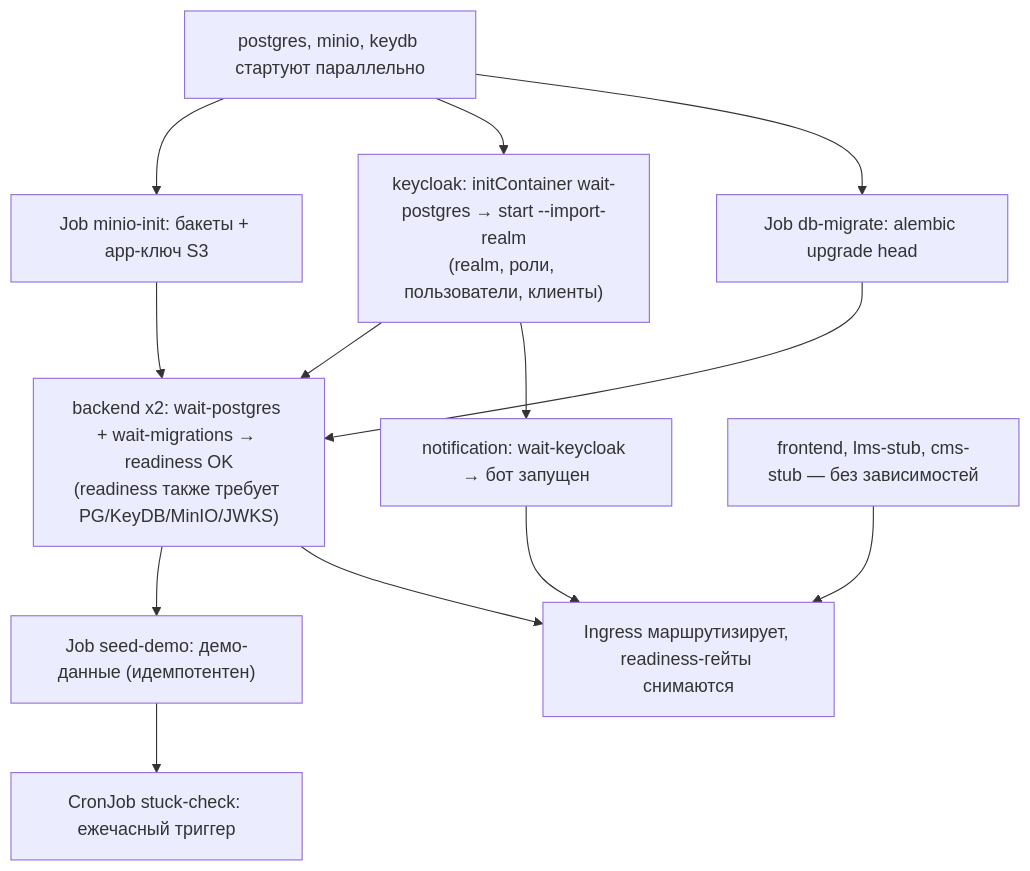
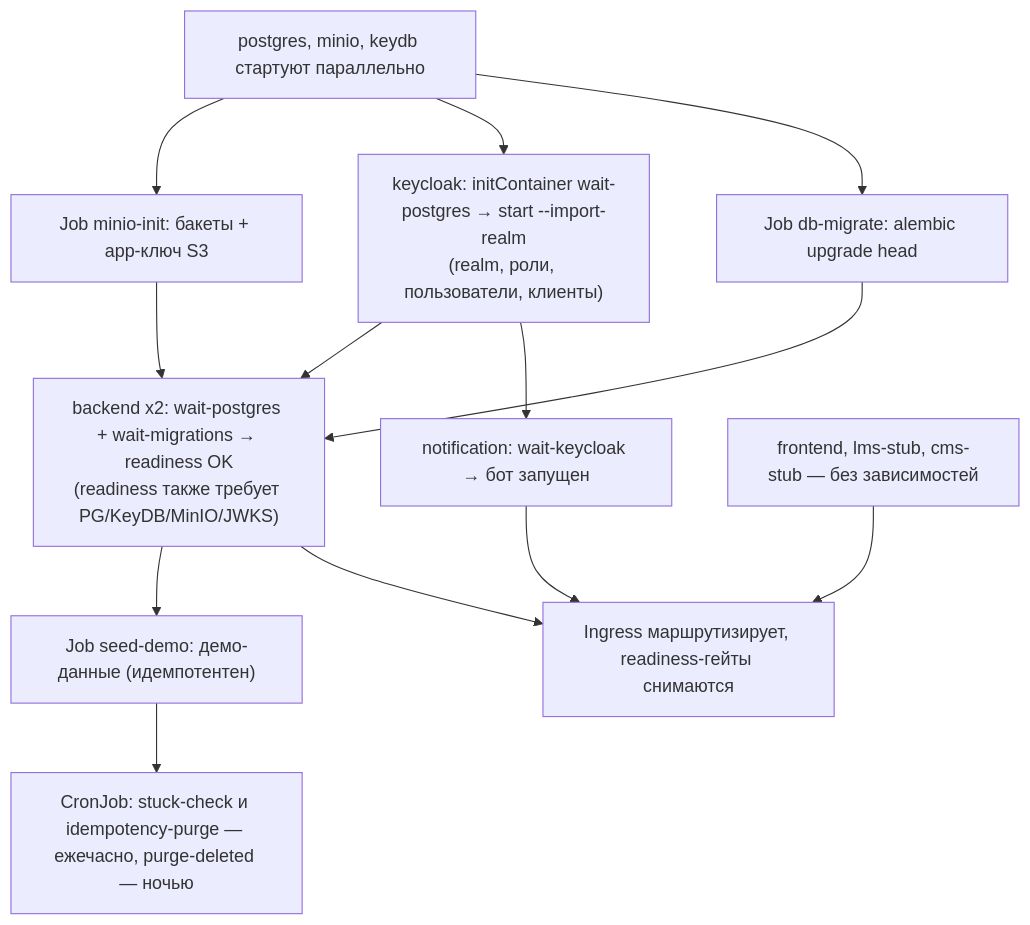
The third of 3 diagrams in docs/design/deployment.md (ilya2108/Collabse-LCT-Alma), drawn with Mermaid before and after one commit. The commit also changed other lines of this file and 26 other files, not shown here.

````diff
--- a/docs/design/deployment.md
+++ b/docs/design/deployment.md
@@ -1268,15 +1314,15 @@
 ```mermaid
 flowchart TD
     A["postgres, minio, keydb стартуют параллельно"] --> B["Job minio-init: бакеты + app-ключ S3"]
     A --> C["keycloak: initContainer wait-postgres → start --import-realm\n(realm, роли, пользователи, клиенты)"]
     A --> D["Job db-migrate: alembic upgrade head"]
     D --> E["backend x2: wait-postgres + wait-migrations → readiness OK\n(readiness также требует PG/KeyDB/MinIO/JWKS)"]
     C --> E
     B --> E
     E --> F["Job seed-demo: демо-данные (идемпотентен)"]
     C --> G["notification: wait-keycloak → бот запущен"]
     A2["frontend, lms-stub, cms-stub — без зависимостей"] --> H["Ingress маршрутизирует, readiness-гейты снимаются"]
     E --> H
-    F --> I["CronJob stuck-check: ежечасный триггер"]
+    F --> I["CronJob: stuck-check и idempotency-purge — ежечасно, purge-deleted — ночью"]
     G --> H
 ```
````
